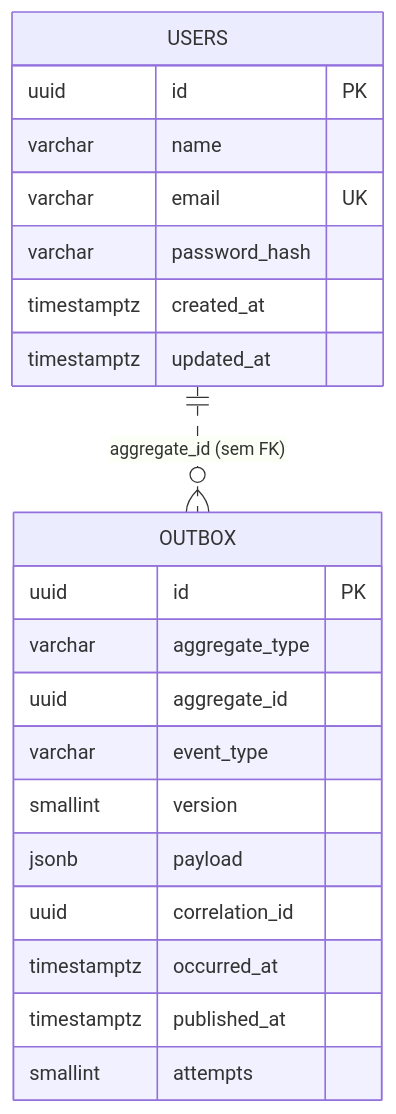
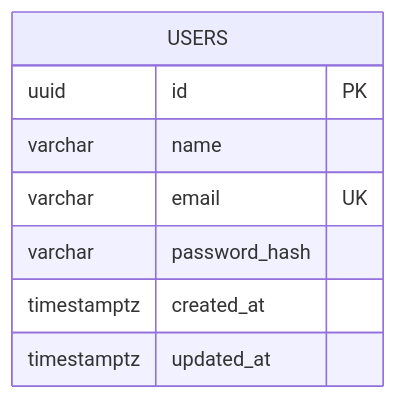
The first of 3 diagrams in docs/data/modelagem-de-dados.md (knzt/zipframes), drawn with Mermaid before and after one commit. The commit also changed other lines of this file and 36 other files, not shown here.

````diff
--- a/docs/data/modelagem-de-dados.md
+++ b/docs/data/modelagem-de-dados.md
@@ -34,24 +34,11 @@
 ```mermaid
 erDiagram
   USERS {
     uuid id PK
     varchar name
     varchar email UK
     varchar password_hash
     timestamptz created_at
     timestamptz updated_at
   }
-  OUTBOX {
-    uuid id PK
-    varchar aggregate_type
-    uuid aggregate_id
-    varchar event_type
-    smallint version
-    jsonb payload
-    uuid correlation_id
-    timestamptz occurred_at
-    timestamptz published_at
-    smallint attempts
-  }
-  USERS ||..o{ OUTBOX : "aggregate_id (sem FK)"
 ```
````
